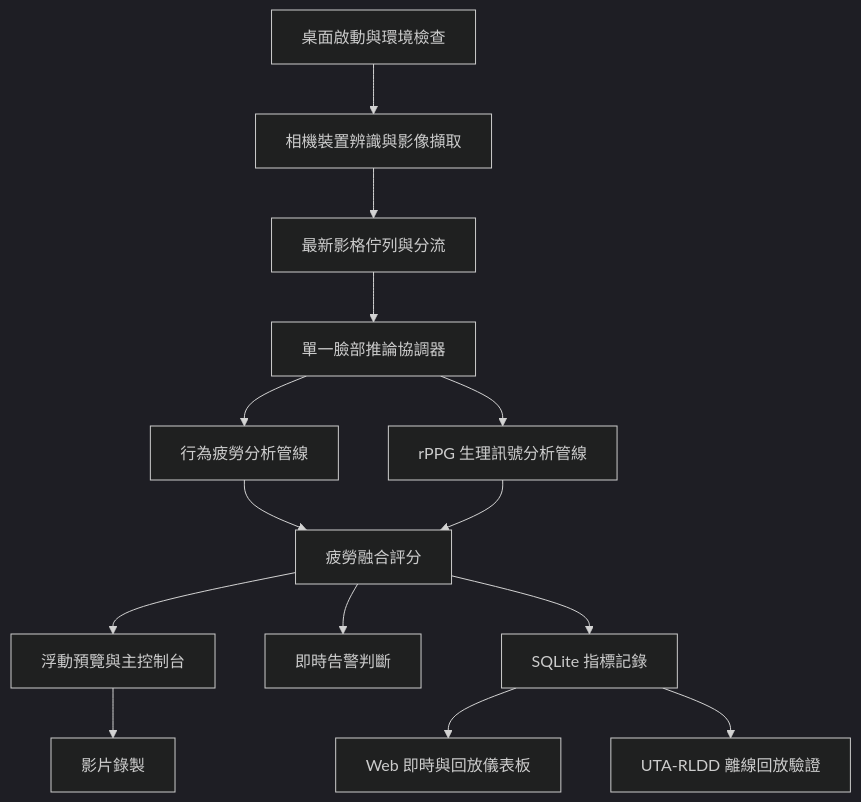
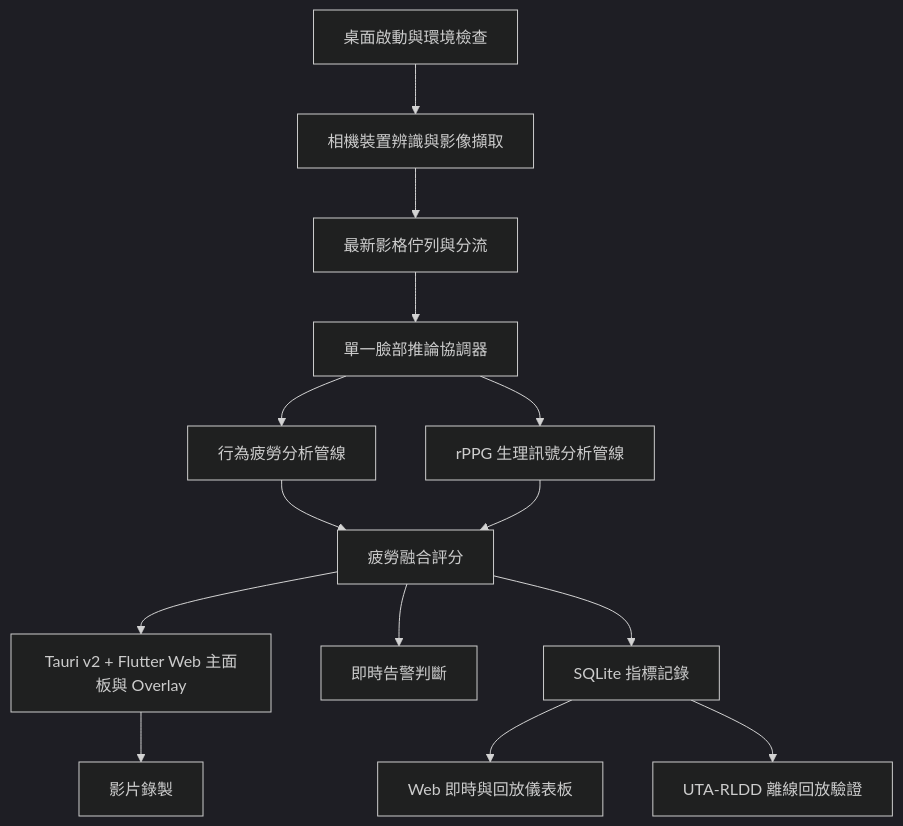
One commit to timmyc07/Non-contact-fatigue-detection-system changed the first of 4 diagrams in docs/system_architecture_algorithm_map.md. Above: the diagram before and after it, drawn with Mermaid (dark theme). The commit also changed other lines of this file and 13 other files, not shown here.

````diff
--- a/docs/system_architecture_algorithm_map.md
+++ b/docs/system_architecture_algorithm_map.md
@@ -15,16 +16,16 @@
 ```mermaid
 flowchart TD
     A[桌面啟動與環境檢查] --> B[相機裝置辨識與影像擷取]
     B --> C[最新影格佇列與分流]
     C --> D[單一臉部推論協調器]
     D --> E[行為疲勞分析管線]
     D --> F[rPPG 生理訊號分析管線]
     E --> G[疲勞融合評分]
     F --> G
-    G --> H[浮動預覽與主控制台]
+    G --> H[Tauri v2 + Flutter Web 主面板與 Overlay]
     G --> I[即時告警判斷]
     G --> J[SQLite 指標記錄]
     H --> K[影片錄製]
     J --> L[Web 即時與回放儀表板]
     J --> M[UTA-RLDD 離線回放驗證]
 ```
````
